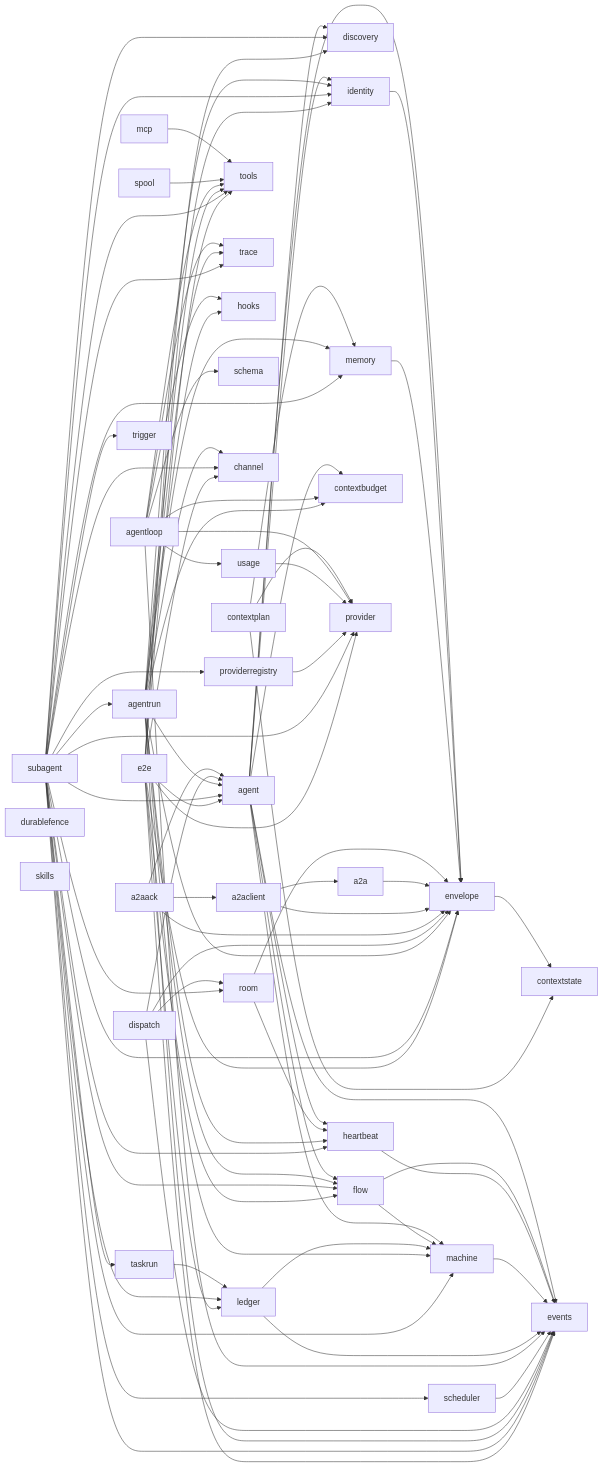
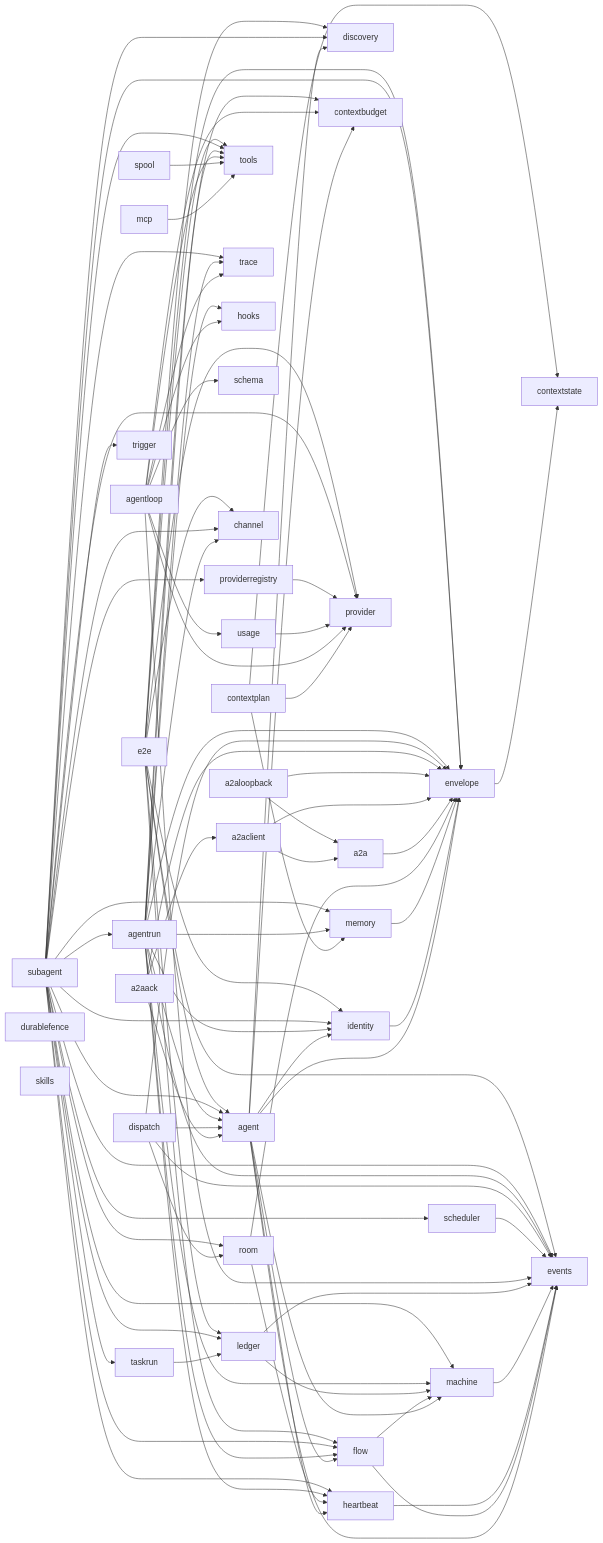
Before and after one commit to MiviaLabs/mivia-ai-sdk: the first of 2 diagrams in docs/architecture.md, drawn with Mermaid. The commit also changed other lines of this file and 16 other files, not shown here.

```diff
--- a/docs/architecture.md
+++ b/docs/architecture.md
@@ -55,6 +56,8 @@
     a2a --> envelope
     a2aclient --> a2a
     a2aclient --> envelope
+    a2aloopback --> a2a
+    a2aloopback --> envelope
     mcp --> tools
     spool --> tools
     agentloop --> provider
```
